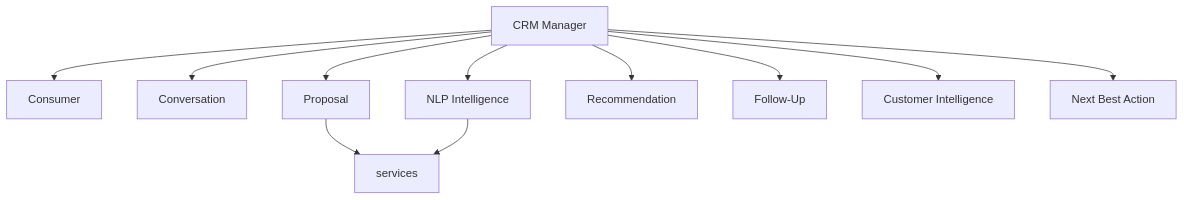
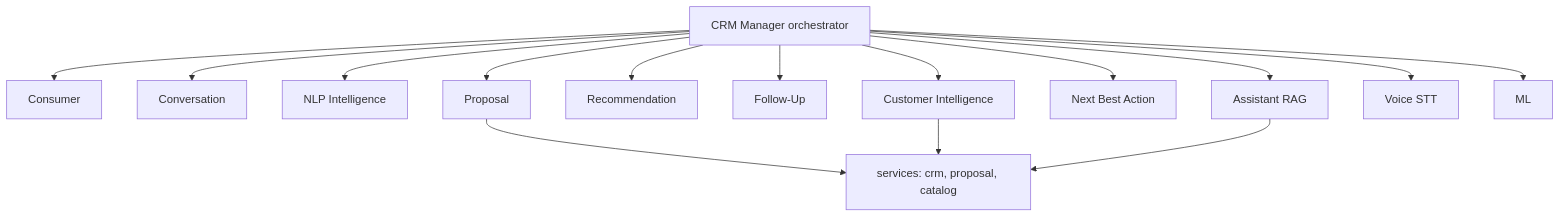
The diagram in docs/architecture/05-multi-agent-ai-architecture.md (Gags-31/HubSpot-AI-CRM), drawn with Mermaid before and after one commit. The commit also changed other lines of this file and 62 other files, not shown here.

````diff
--- a/docs/architecture/05-multi-agent-ai-architecture.md
+++ b/docs/architecture/05-multi-agent-ai-architecture.md
@@ -9,13 +9,17 @@
 ```mermaid
 flowchart TD
-  O[CRM Manager] --> A1[Consumer]
+  O[CRM Manager orchestrator] --> A1[Consumer]
   O --> A2[Conversation]
   O --> A3[NLP Intelligence]
   O --> A4[Proposal]
   O --> A5[Recommendation]
   O --> A6[Follow-Up]
   O --> A7[Customer Intelligence]
   O --> A8[Next Best Action]
-  A4 --> S[services]
-  A3 --> S
+  O --> A9[Assistant RAG]
+  O --> A10[Voice STT]
+  O --> A11[ML]
+  A4 --> S[services: crm, proposal, catalog]
+  A7 --> S
+  A9 --> S
 ```
````
